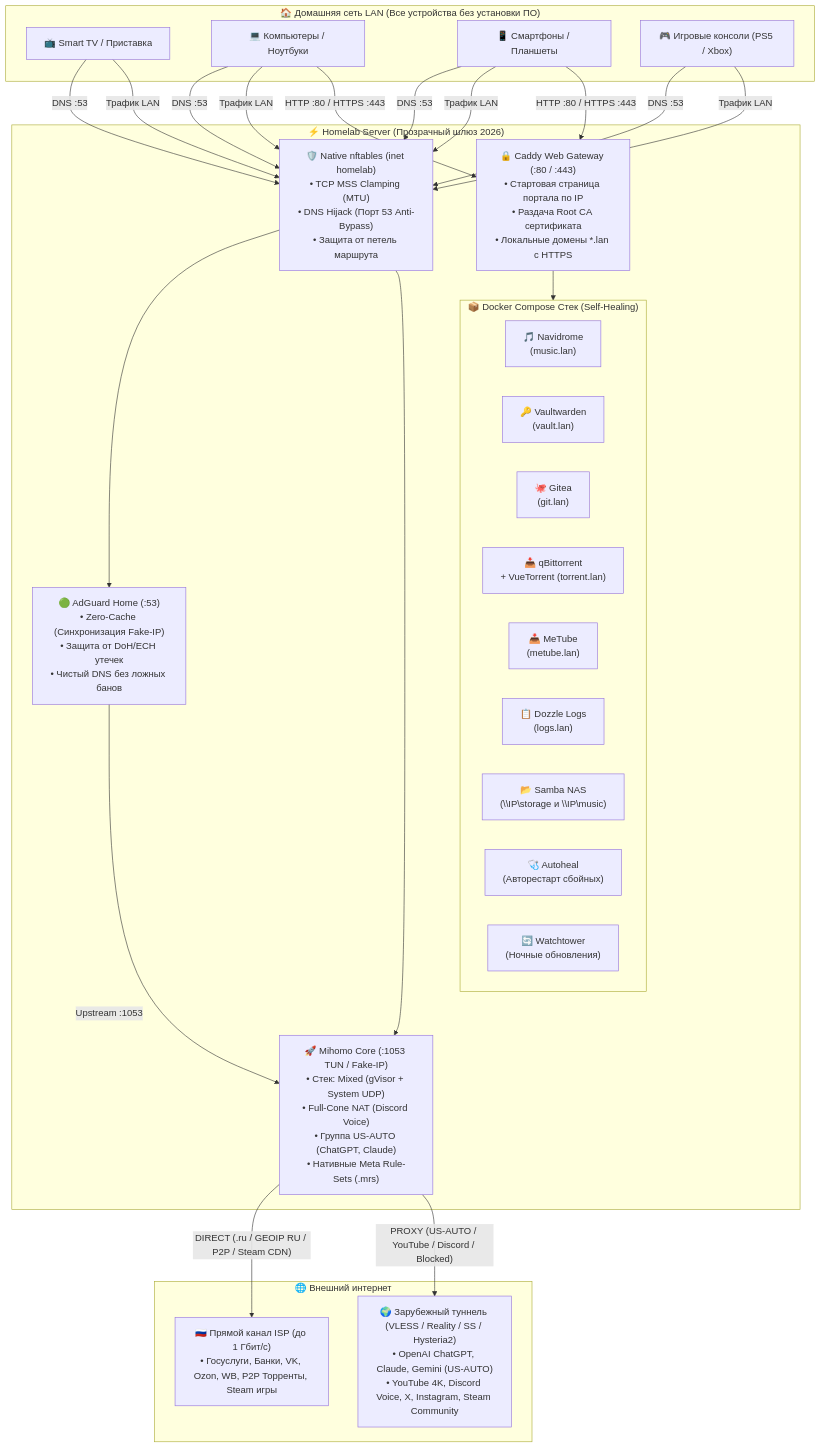
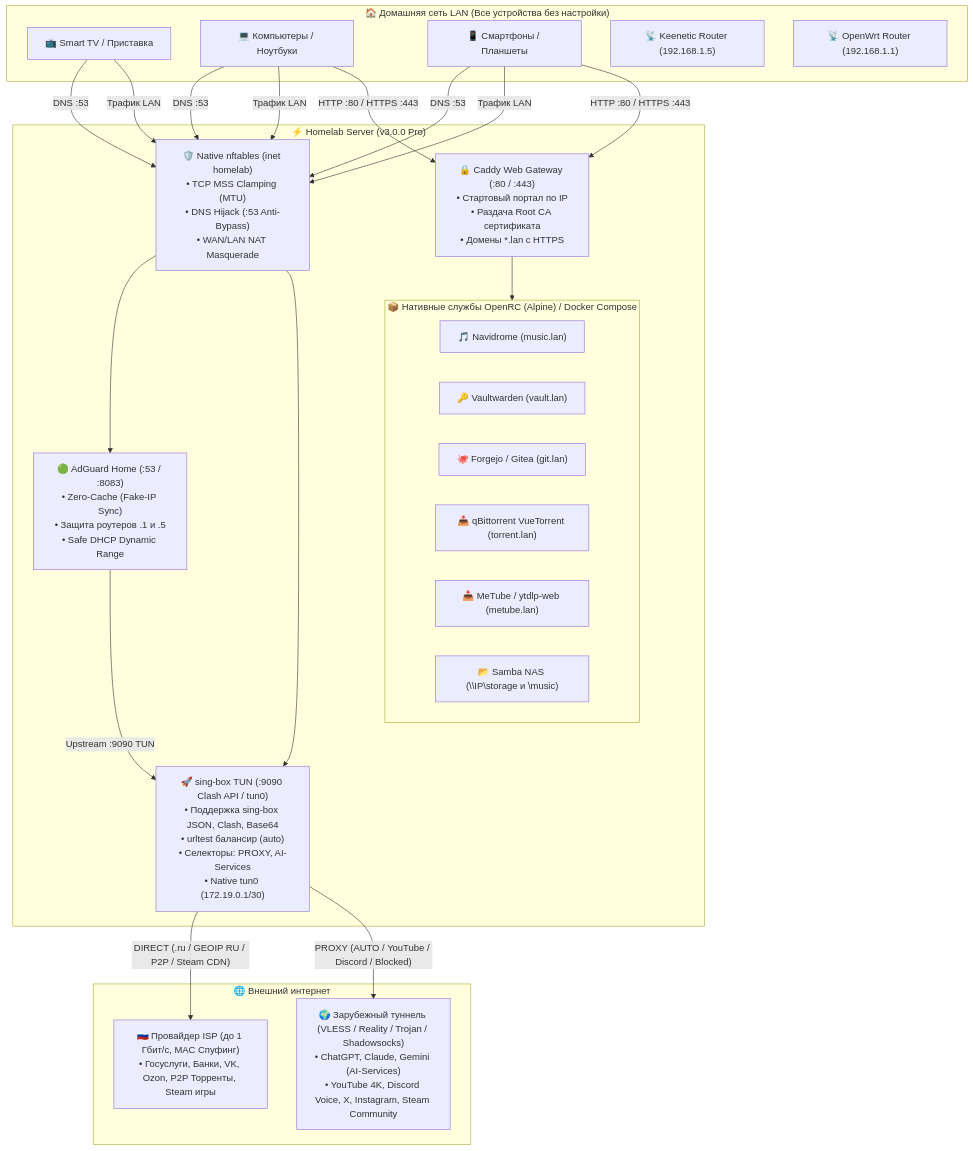
One commit to unknownpeace/Medal changed the diagram in README.md. Above: the diagram before and after it, drawn with Mermaid. The commit also changed other lines of this file and 13 other files, not shown here.

Commit message:
feat(core): v3.0.0 Native Bare-Metal Alpine Linux, sing-box TUN, Router Mode with ISP MAC spoofing, and AdGuard Home safe DHCP

````diff
--- a/README.md
+++ b/README.md
@@ -87,56 +104,52 @@
 ```mermaid
 flowchart TD
-    subgraph LAN[" 🏠 Домашняя сеть LAN (Все устройства без установки ПО) "]
+    subgraph LAN[" 🏠 Домашняя сеть LAN (Все устройства без настройки) "]
         TV["📺 Smart TV / Приставка"]
         PC["💻 Компьютеры / Ноутбуки"]
         PHONE["📱 Смартфоны / Планшеты"]
-        CONSOLE["🎮 Игровые консоли (PS5 / Xbox)"]
+        KEENET["📡 Keenetic Router (192.168.1.5)"]
+        OPENWRT["📡 OpenWrt Router (192.168.1.1)"]
     end
 
-    subgraph SERVER[" ⚡ Homelab Server (Прозрачный шлюз 2026) "]
-        NFT["🛡️ Native nftables (inet homelab)<br/>• TCP MSS Clamping (MTU)<br/>• DNS Hijack (Порт 53 Anti-Bypass)<br/>• Защита от петель маршрута"]
+    subgraph SERVER[" ⚡ Homelab Server (v3.0.0 Pro) "]
+        NFT["🛡️ Native nftables (inet homelab)<br/>• TCP MSS Clamping (MTU)<br/>• DNS Hijack (:53 Anti-Bypass)<br/>• WAN/LAN NAT Masquerade"]
         
-        AGH["🟢 AdGuard Home (:53)<br/>• Zero-Cache (Синхронизация Fake-IP)<br/>• Защита от DoH/ECH утечек<br/>• Чистый DNS без ложных банов"]
+        AGH["🟢 AdGuard Home (:53 / :8083)<br/>• Zero-Cache (Fake-IP Sync)<br/>• Защита роутеров .1 и .5<br/>• Safe DHCP Dynamic Range"]
         
-        MIHOMO["🚀 Mihomo Core (:1053 TUN / Fake-IP)<br/>• Стек: Mixed (gVisor + System UDP)<br/>• Full-Cone NAT (Discord Voice)<br/>• Группа US-AUTO (ChatGPT, Claude)<br/>• Нативные Meta Rule-Sets (.mrs)"]
+        SINGBOX["🚀 sing-box TUN (:9090 Clash API / tun0)<br/>• Поддержка sing-box JSON, Clash, Base64<br/>• urltest балансир (auto)<br/>• Селекторы: PROXY, AI-Services<br/>• Native tun0 (172.19.0.1/30)"]
 
-        CADDY["🔒 Caddy Web Gateway (:80 / :443)<br/>• Стартовая страница портала по IP<br/>• Раздача Root CA сертификата<br/>• Локальные домены *.lan с HTTPS"]
+        CADDY["🔒 Caddy Web Gateway (:80 / :443)<br/>• Стартовый портал по IP<br/>• Раздача Root CA сертификата<br/>• Домены *.lan с HTTPS"]
 
-        subgraph APPS[" 📦 Docker Compose Стек (Self-Healing) "]
-            NAVI["🎵 Navidrome<br/>(music.lan)"]
-            VW["🔑 Vaultwarden<br/>(vault.lan)"]
-            GIT["🐙 Gitea<br/>(git.lan)"]
-            QBIT["📥 qBittorrent<br/>+ VueTorrent (torrent.lan)"]
-            METUBE["📥 MeTube<br/>(metube.lan)"]
-            DOZZLE["📋 Dozzle Logs<br/>(logs.lan)"]
-            SMB["📂 Samba NAS<br/>(\\IP\storage и \\IP\music)"]
-            HEAL["🩺 Autoheal<br/>(Авторестарт сбойных)"]
-            WT["🔄 Watchtower<br/>(Ночные обновления)"]
+        subgraph APPS[" 📦 Нативные службы OpenRC (Alpine) / Docker Compose "]
+            NAVI["🎵 Navidrome (music.lan)"]
+            VW["🔑 Vaultwarden (vault.lan)"]
+            GIT["🐙 Forgejo / Gitea (git.lan)"]
+            QBIT["📥 qBittorrent VueTorrent (torrent.lan)"]
+            METUBE["📥 MeTube / ytdlp-web (metube.lan)"]
+            SMB["📂 Samba NAS (\\IP\storage и \music)"]
         end
     end
 
     subgraph INTERNET[" 🌐 Внешний интернет "]
-        DIRECT_NET["🇷🇺 Прямой канал ISP (до 1 Гбит/с)<br/>• Госуслуги, Банки, VK, Ozon, WB, P2P Торренты, Steam игры"]
-        PROXY_NET["🌍 Зарубежный туннель (VLESS / Reality / SS / Hysteria2)<br/>• OpenAI ChatGPT, Claude, Gemini (US-AUTO)<br/>• YouTube 4K, Discord Voice, X, Instagram, Steam Community"]
+        DIRECT_NET["🇷🇺 Провайдер ISP (до 1 Гбит/с, MAC Спуфинг)<br/>• Госуслуги, Банки, VK, Ozon, P2P Торренты, Steam игры"]
+        PROXY_NET["🌍 Зарубежный туннель (VLESS / Reality / Trojan / Shadowsocks)<br/>• ChatGPT, Claude, Gemini (AI-Services)<br/>• YouTube 4K, Discord Voice, X, Instagram, Steam Community"]
     end
 
     TV -->|"DNS :53"| NFT
     PC -->|"DNS :53"| NFT
     PHONE -->|"DNS :53"| NFT
-    CONSOLE -->|"DNS :53"| NFT
     NFT --> AGH
-    AGH -->|"Upstream :1053"| MIHOMO
+    AGH -->|"Upstream :9090 TUN"| SINGBOX
     
     TV -->|"Трафик LAN"| NFT
     PC -->|"Трафик LAN"| NFT
     PHONE -->|"Трафик LAN"| NFT
-    CONSOLE -->|"Трафик LAN"| NFT
-    NFT --> MIHOMO
+    NFT --> SINGBOX
 
-    MIHOMO -->|"DIRECT (.ru / GEOIP RU / P2P / Steam CDN)"| DIRECT_NET
-    MIHOMO -->|"PROXY (US-AUTO / YouTube / Discord / Blocked)"| PROXY_NET
+    SINGBOX -->|"DIRECT (.ru / GEOIP RU / P2P / Steam CDN)"| DIRECT_NET
+    SINGBOX -->|"PROXY (AUTO / YouTube / Discord / Blocked)"| PROXY_NET
 
     PC -->|"HTTP :80 / HTTPS :443"| CADDY
     PHONE -->|"HTTP :80 / HTTPS :443"| CADDY
     CADDY --> APPS
 ```
````
